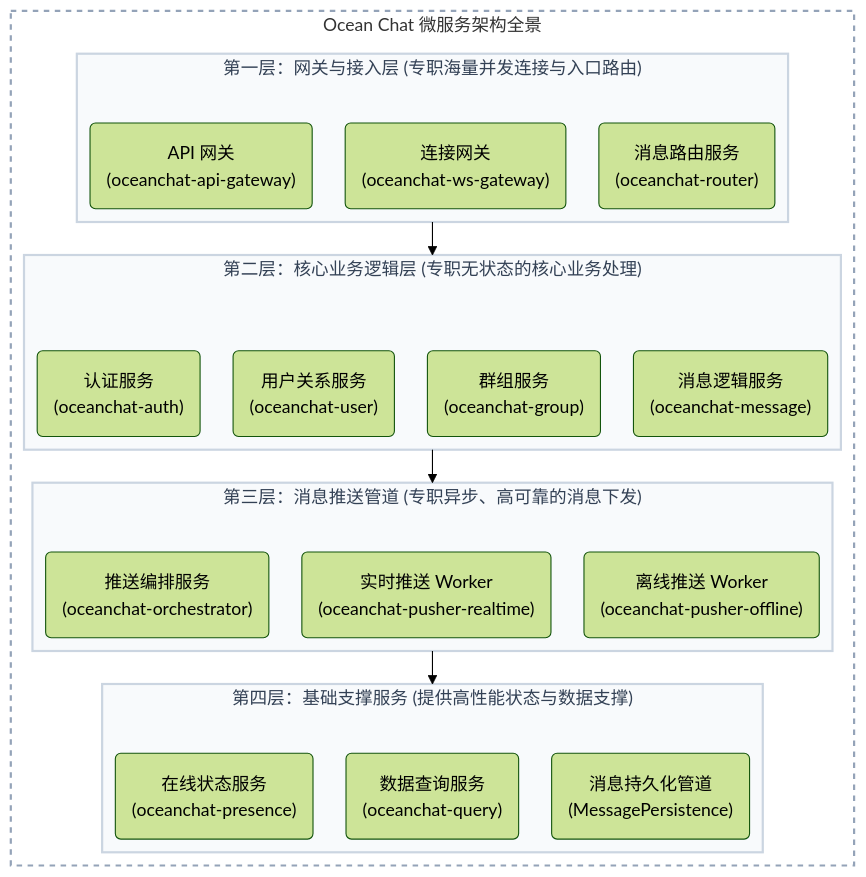
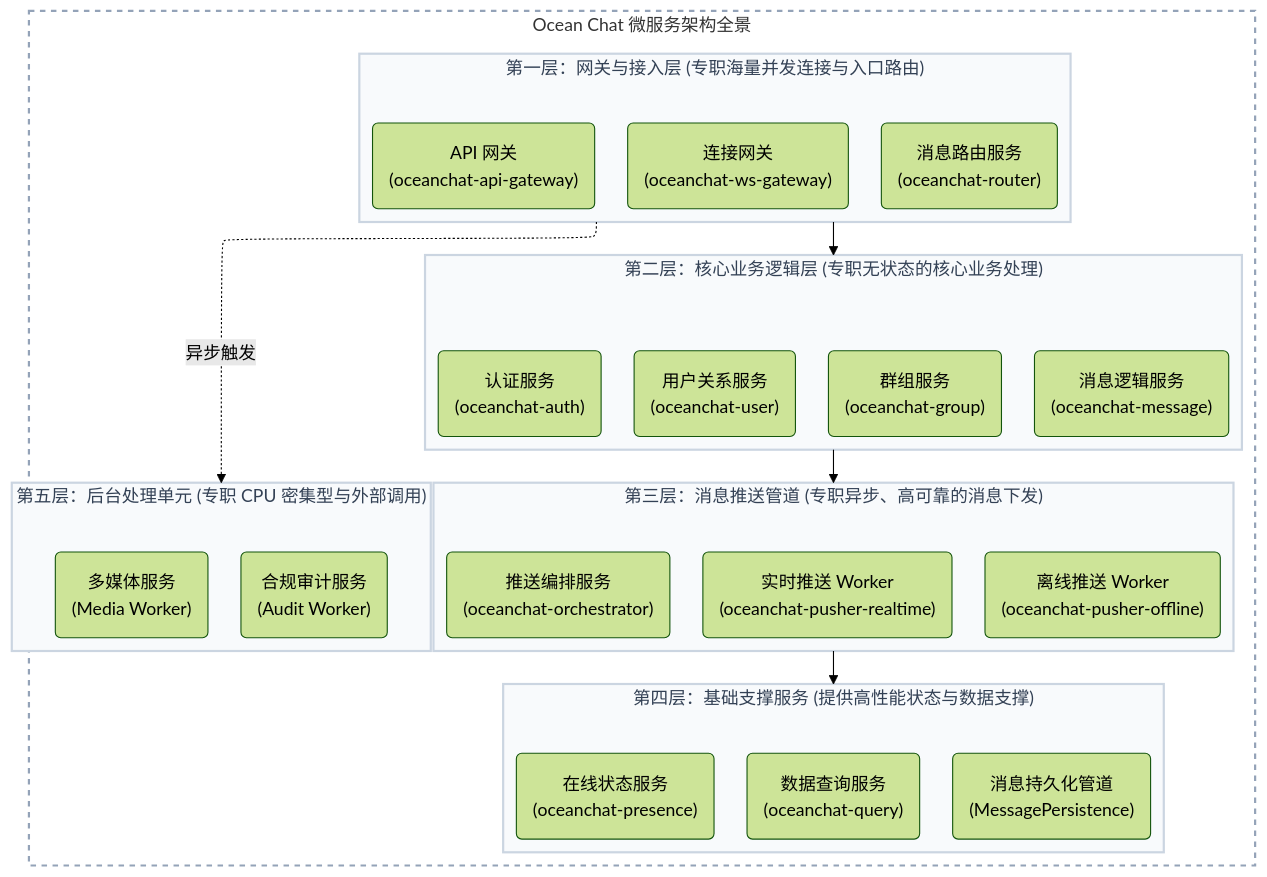
Before and after one commit to JamesWilson19970101/ocean.chat.docs: the first of 2 diagrams in i18n/zh-CN/docusaurus-plugin-content-docs/current/devdocs/microservice.md, drawn with Mermaid (forest theme). The commit also changed other lines of this file and 5 other files, not shown here.

First line of the commit message:
docs(architecture): update JetStream strategy, microservices and ADRs

````diff
--- a/i18n/zh-CN/docusaurus-plugin-content-docs/current/devdocs/microservice.md
+++ b/i18n/zh-CN/docusaurus-plugin-content-docs/current/devdocs/microservice.md
@@ -28,40 +28,46 @@
 ```mermaid
 ---
 config:
   layout: elk
 ---
 flowchart TB
     subgraph System ["Ocean Chat 微服务架构全景"]
         direction TB
 
         subgraph Layer1 ["第一层：网关与接入层 (专职海量并发连接与入口路由)"]
             direction LR
             API("API 网关\n(oceanchat-api-gateway)") ~~~ WS("连接网关\n(oceanchat-ws-gateway)") ~~~ Router("消息路由服务\n(oceanchat-router)")
         end
 
         subgraph Layer2 ["第二层：核心业务逻辑层 (专职无状态的核心业务处理)"]
             direction LR
             Auth("认证服务\n(oceanchat-auth)") ~~~ User("用户关系服务\n(oceanchat-user)") ~~~ Group("群组服务\n(oceanchat-group)") ~~~ Msg("消息逻辑服务\n(oceanchat-message)")
         end
 
         subgraph Layer3 ["第三层：消息推送管道 (专职异步、高可靠的消息下发)"]
             direction LR
             Orch("推送编排服务\n(oceanchat-orchestrator)") ~~~ PushRT("实时推送 Worker\n(oceanchat-pusher-realtime)") ~~~ PushOff("离线推送 Worker\n(oceanchat-pusher-offline)")
         end
 
         subgraph Layer4 ["第四层：基础支撑服务 (提供高性能状态与数据支撑)"]
             direction LR
             Presence("在线状态服务\n(oceanchat-presence)") ~~~ Query("数据查询服务\n(oceanchat-query)") ~~~ DBWorker("消息持久化管道\n(MessagePersistence)")
         end
 
+        subgraph Layer5 ["第五层：后台处理单元 (专职 CPU 密集型与外部调用)"]
+            direction LR
+            Media("多媒体服务\n(Media Worker)") ~~~ Audit("合规审计服务\n(Audit Worker)")
+        end
+
         Layer1 --> Layer2
         Layer2 --> Layer3
         Layer3 --> Layer4
+        Layer1 -. 异步触发 .-> Layer5
     end
 
     classDef layer fill:#f8fafc,stroke:#cbd5e1,stroke-width:2px,color:#334155;
     classDef system fill:#ffffff,stroke:#94a3b8,stroke-width:2px,stroke-dasharray: 5 5;
-    class Layer1,Layer2,Layer3,Layer4 layer;
+    class Layer1,Layer2,Layer3,Layer4,Layer5 layer;
     class System system;
 
 ```
````
